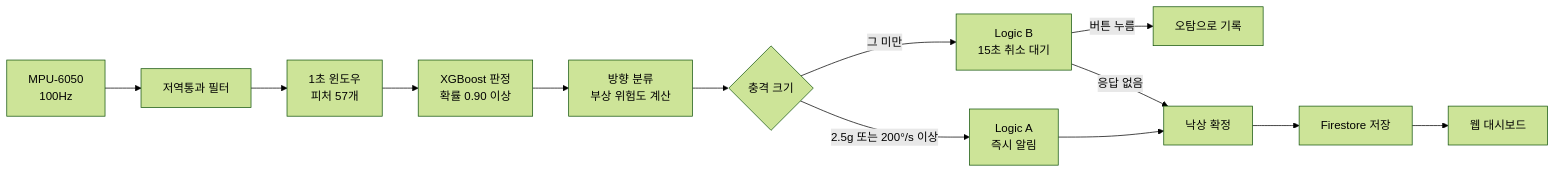
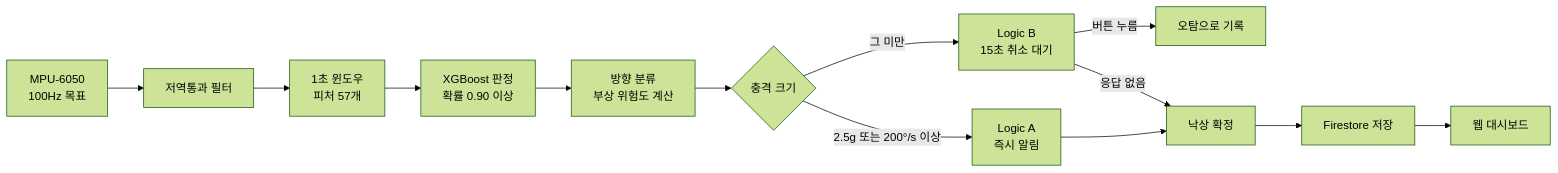
One commit to ttjjdd9340-boop/fall-guard-belt changed the diagram in README.md. Above: the diagram before and after it, drawn with Mermaid (forest theme). The commit also changed other lines of this file and 3 other files, not shown here.

````diff
--- a/README.md
+++ b/README.md
@@ -7,15 +7,15 @@
 ```mermaid
 flowchart LR
-  A["MPU-6050<br/>100Hz"] --> B["저역통과 필터"]
+  A["MPU-6050<br/>100Hz 목표"] --> B["저역통과 필터"]
   B --> C["1초 윈도우<br/>피처 57개"]
   C --> D["XGBoost 판정<br/>확률 0.90 이상"]
   D --> E["방향 분류<br/>부상 위험도 계산"]
   E --> F{"충격 크기"}
   F -->|"2.5g 또는 200°/s 이상"| G["Logic A<br/>즉시 알림"]
   F -->|"그 미만"| H["Logic B<br/>15초 취소 대기"]
   H -->|"버튼 누름"| X["오탐으로 기록"]
   H -->|"응답 없음"| L["낙상 확정"]
   G --> L
   L --> J["Firestore 저장"]
   J --> K["웹 대시보드"]
 ```
````
